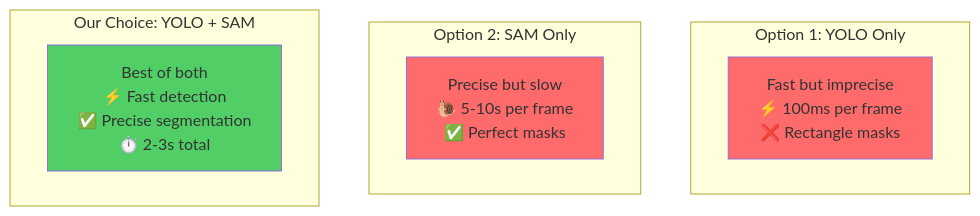
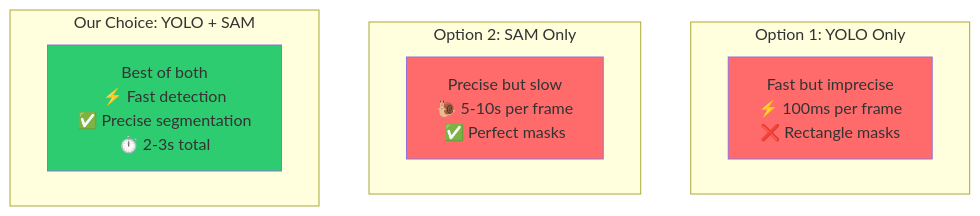
Diagram 11 of 35 in README.md (Omenranr/rag-video), drawn with Mermaid before and after one commit. The commit also changed other lines of this file, not shown here.

````diff
--- a/README.md
+++ b/README.md
@@ -305,18 +305,18 @@
 ```mermaid
 graph TB
     subgraph "Option 1: YOLO Only"
         O1[Fast but imprecise<br/>⚡ 100ms per frame<br/>❌ Rectangle masks]
     end
     
     subgraph "Option 2: SAM Only"
         O2[Precise but slow<br/>🐌 5-10s per frame<br/>✅ Perfect masks]
     end
     
     subgraph "Our Choice: YOLO + SAM"
         O3[Best of both<br/>⚡ Fast detection<br/>✅ Precise segmentation<br/>⏱️ 2-3s total]
     end
     
     style O1 fill:#ff6b6b
     style O2 fill:#ff6b6b
-    style O3 fill:#51cf66
+    style O3 fill:#2ecc71
 ```
````
